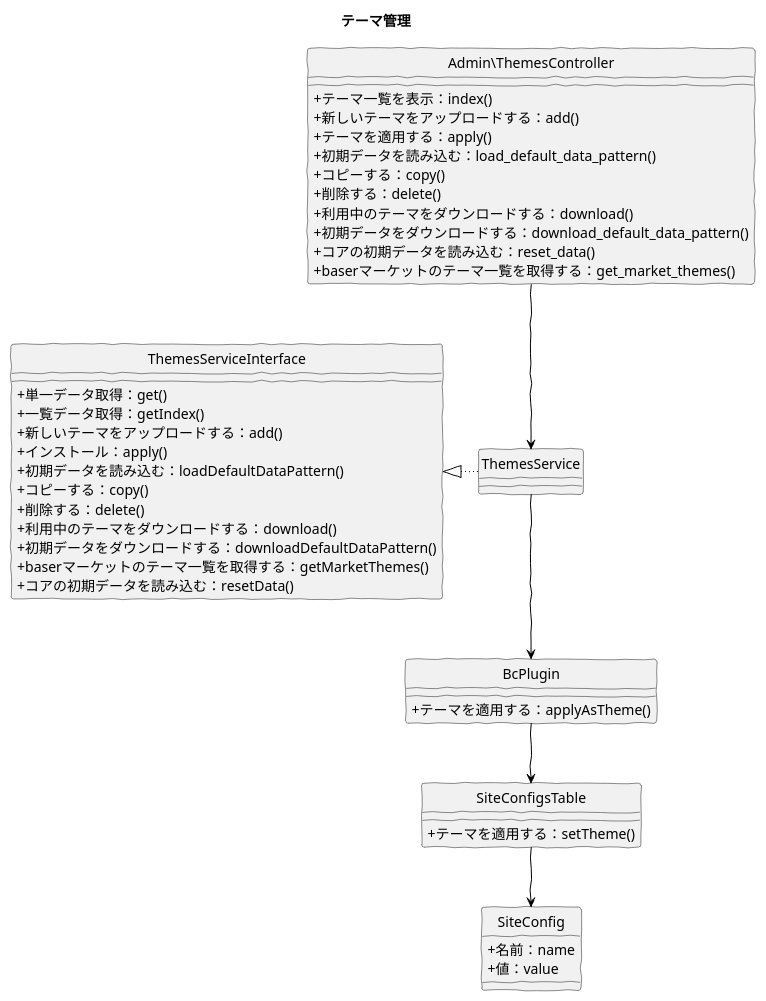
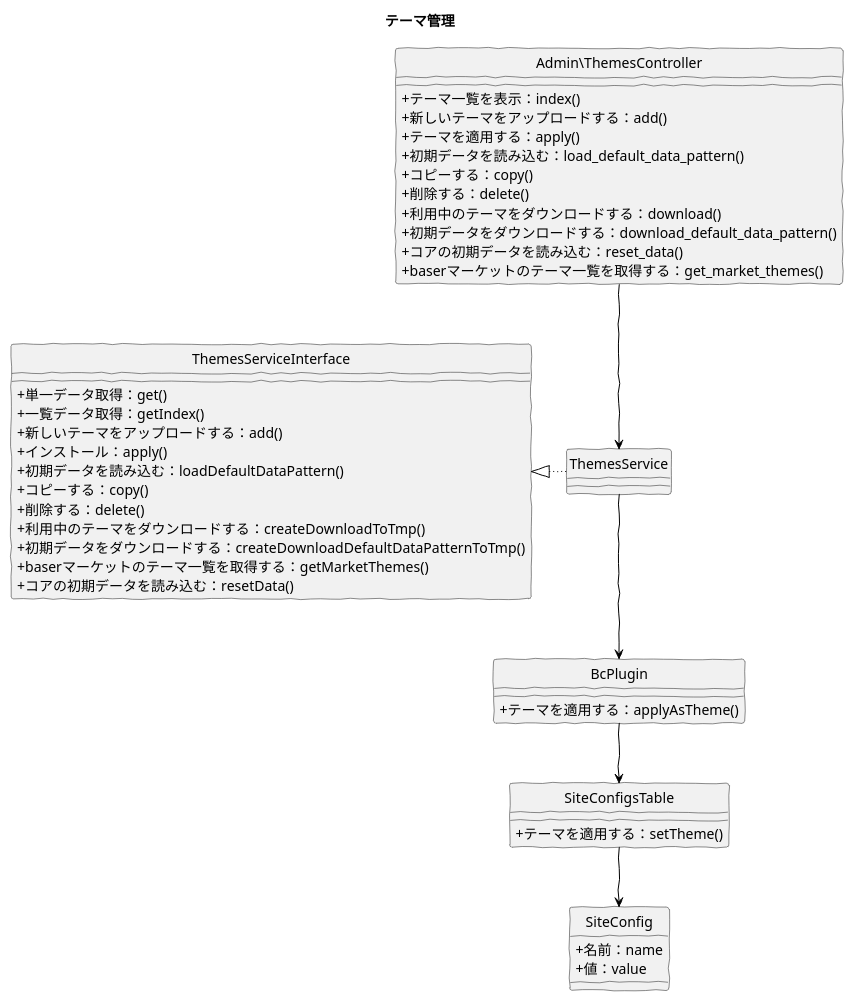
The diagram in src/puml/5/ucmitz/svg/class/manage_themes.puml (baserproject/baserproject.github.io), drawn with PlantUML before and after one commit. The commit also changed 70 other files, not shown here.

```diff
--- a/src/puml/5/ucmitz/svg/class/manage_themes.puml
+++ b/src/puml/5/ucmitz/svg/class/manage_themes.puml
@@ -1,58 +1,59 @@
 @startuml
 skinparam handwritten true
 skinparam backgroundColor white
 hide circle
 skinparam classAttributeIconSize 0
 
 title テーマ管理
 
 class Admin\ThemesController {
   + テーマ一覧を表示：index()
   + 新しいテーマをアップロードする：add()
   + テーマを適用する：apply()
   + 初期データを読み込む：load_default_data_pattern()
   + コピーする：copy()
   + 削除する：delete()
   + 利用中のテーマをダウンロードする：download()
   + 初期データをダウンロードする：download_default_data_pattern()
   + コアの初期データを読み込む：reset_data()
   + baserマーケットのテーマ一覧を取得する：get_market_themes()
 }
 
 class ThemesService {
 }
 
 class ThemesServiceInterface {
   + 単一データ取得：get()
   + 一覧データ取得：getIndex()
 	+ 新しいテーマをアップロードする：add()
   + インストール：apply()
 	+ 初期データを読み込む：loadDefaultDataPattern()
 	+ コピーする：copy()
   + 削除する：delete()
-  + 利用中のテーマをダウンロードする：download()
-  + 初期データをダウンロードする：downloadDefaultDataPattern()
+  + 利用中のテーマをダウンロードする：createDownloadToTmp()
+  + 初期データをダウンロードする：createDownloadDefaultDataPatternToTmp()
   + baserマーケットのテーマ一覧を取得する：getMarketThemes()
   + コアの初期データを読み込む：resetData()
+  
 }
 
 class BcPlugin {
 	+ テーマを適用する：applyAsTheme()
 }
 
 class SiteConfigsTable {
   + テーマを適用する：setTheme()
 }
 
 class SiteConfig {
 	+ 名前：name
 	+ 値：value
 }
 
 Admin\ThemesController -down[#Black]-> ThemesService
 ThemesService -down[#Black]-> BcPlugin
 BcPlugin -down[#Black]-> SiteConfigsTable
 ThemesService -left[dotted,#Black]-|> ThemesServiceInterface
 SiteConfigsTable -down[#Black]-> SiteConfig
 
 @enduml
```
